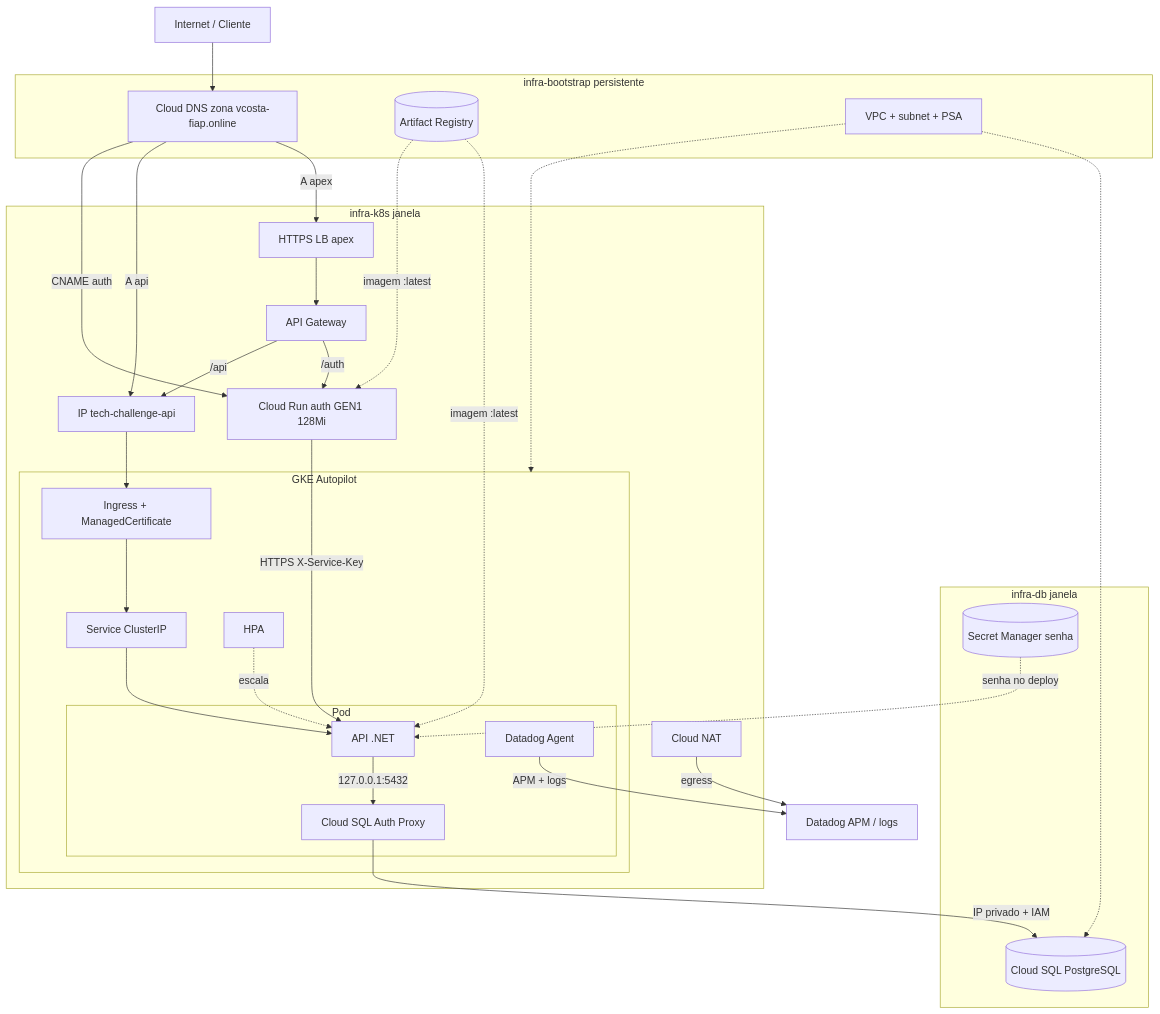
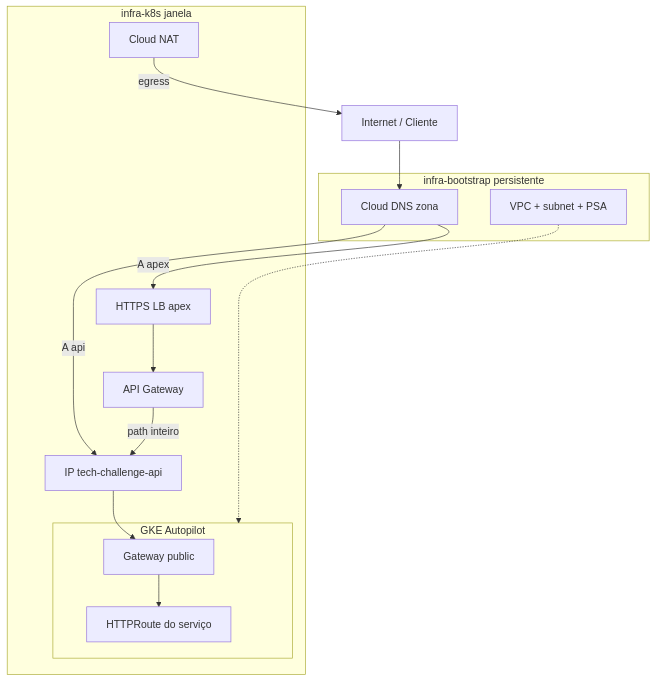
Before and after one commit to fiap-vcosta/infra-k8s: the diagram in README.md, drawn with Mermaid. The commit also changed other lines of this file and 20 other files, not shown here.

First line of the commit message:
feat: front the cluster with one GKE Gateway

````diff
--- a/README.md
+++ b/README.md
@@ -22,57 +22,30 @@
 ```mermaid
 flowchart TB
   internet["Internet / Cliente"]
 
   subgraph bootstrap["infra-bootstrap persistente"]
-    dns["Cloud DNS zona vcosta-fiap.online"]
-    ar[("Artifact Registry")]
+    dns["Cloud DNS zona"]
     vpc["VPC + subnet + PSA"]
   end
 
   subgraph k8s["infra-k8s janela"]
     entryIp["HTTPS LB apex"]
     gw["API Gateway"]
-    authRun["Cloud Run auth GEN1 128Mi"]
     apiIp["IP tech-challenge-api"]
     nat["Cloud NAT"]
     subgraph gke["GKE Autopilot"]
-      ing["Ingress + ManagedCertificate"]
-      svc["Service ClusterIP"]
-      subgraph pod["Pod"]
-        api["API .NET"]
-        proxy["Cloud SQL Auth Proxy"]
-        dd["Datadog Agent"]
-      end
-      hpa["HPA"]
+      gkeGw["Gateway public"]
+      route["HTTPRoute do serviço"]
     end
   end
-
-  subgraph dbStack["infra-db janela"]
-    sql[("Cloud SQL PostgreSQL")]
-    sm[("Secret Manager senha")]
-  end
-
-  datadog["Datadog APM / logs"]
 
   internet --> dns
   dns -->|"A apex"| entryIp
   dns -->|"A api"| apiIp
-  dns -->|"CNAME auth"| authRun
   entryIp --> gw
-  gw -->|"/auth"| authRun
-  gw -->|"/api"| apiIp
-  apiIp --> ing
-  ing --> svc
-  svc --> api
-  hpa -.->|"escala"| api
-  api -->|"127.0.0.1:5432"| proxy
-  proxy -->|"IP privado + IAM"| sql
-  vpc -.-> sql
+  gw -->|"path inteiro"| apiIp
+  apiIp --> gkeGw
+  gkeGw --> route
   vpc -.-> gke
-  ar -.->|"imagem :latest"| api
-  ar -.->|"imagem :latest"| authRun
-  sm -.->|"senha no deploy"| api
-  authRun -->|"HTTPS X-Service-Key"| api
-  nat -->|"egress"| datadog
-  dd -->|"APM + logs"| datadog
+  nat -->|"egress"| internet
 ```
````
